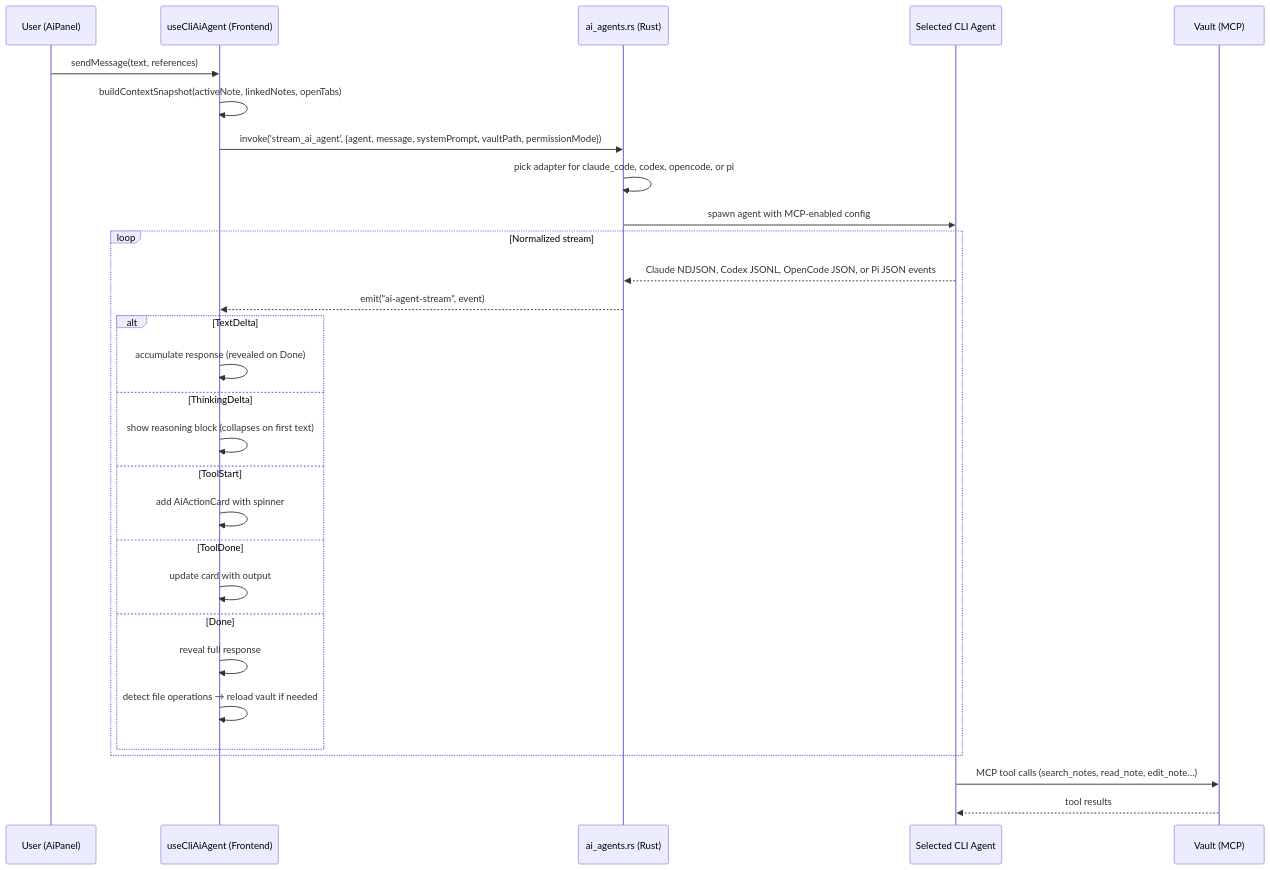
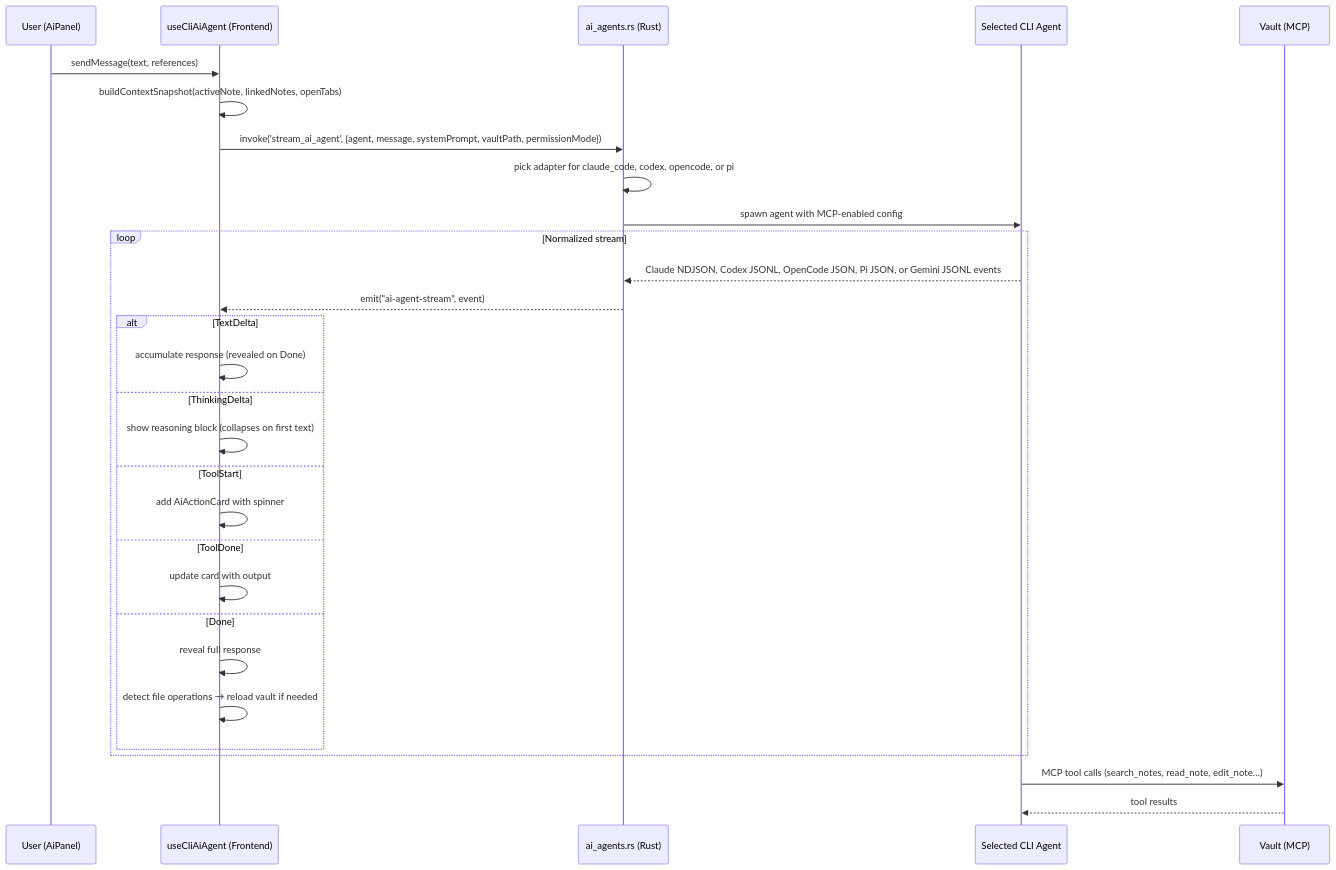
The third of 10 diagrams in docs/ARCHITECTURE.md (aimeritething/Fuwa), drawn with Mermaid before and after one commit. The commit also changed other lines of this file and 2 other files, not shown here.

Commit message:
fix: stream gemini cli replies

````diff
--- a/docs/ARCHITECTURE.md
+++ b/docs/ARCHITECTURE.md
@@ -254,34 +254,34 @@
 ```mermaid
 sequenceDiagram
     participant U as User (AiPanel)
     participant FE as useCliAiAgent (Frontend)
     participant R as ai_agents.rs (Rust)
     participant C as Selected CLI Agent
     participant V as Vault (MCP)
 
     U->>FE: sendMessage(text, references)
     FE->>FE: buildContextSnapshot(activeNote, linkedNotes, openTabs)
     FE->>R: invoke('stream_ai_agent', {agent, message, systemPrompt, vaultPath, permissionMode})
     R->>R: pick adapter for claude_code, codex, opencode, or pi
     R->>C: spawn agent with MCP-enabled config
 
     loop Normalized stream
-        C-->>R: Claude NDJSON, Codex JSONL, OpenCode JSON, or Pi JSON events
+        C-->>R: Claude NDJSON, Codex JSONL, OpenCode JSON, Pi JSON, or Gemini JSONL events
         R-->>FE: emit("ai-agent-stream", event)
         alt TextDelta
             FE->>FE: accumulate response (revealed on Done)
         else ThinkingDelta
             FE->>FE: show reasoning block (collapses on first text)
         else ToolStart
             FE->>FE: add AiActionCard with spinner
         else ToolDone
             FE->>FE: update card with output
         else Done
             FE->>FE: reveal full response
             FE->>FE: detect file operations → reload vault if needed
         end
     end
 
     C->>V: MCP tool calls (search_notes, read_note, edit_note…)
     V-->>C: tool results
 ```
````
